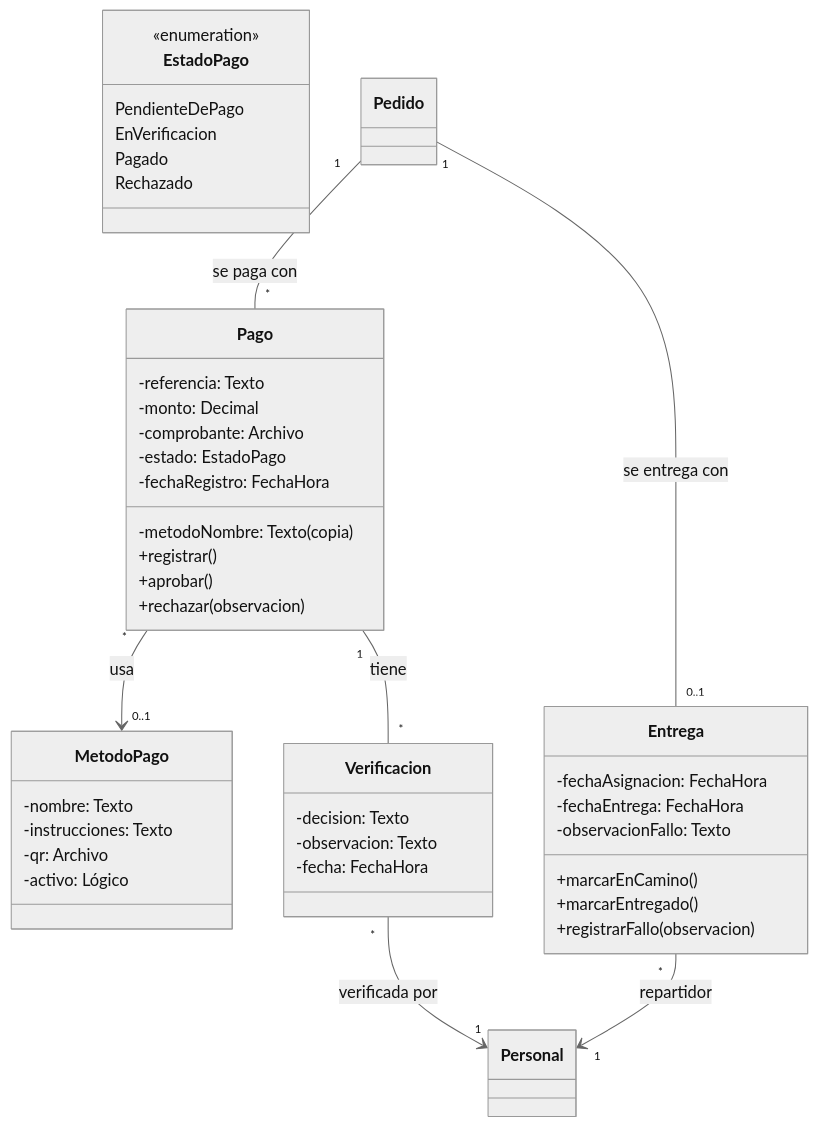
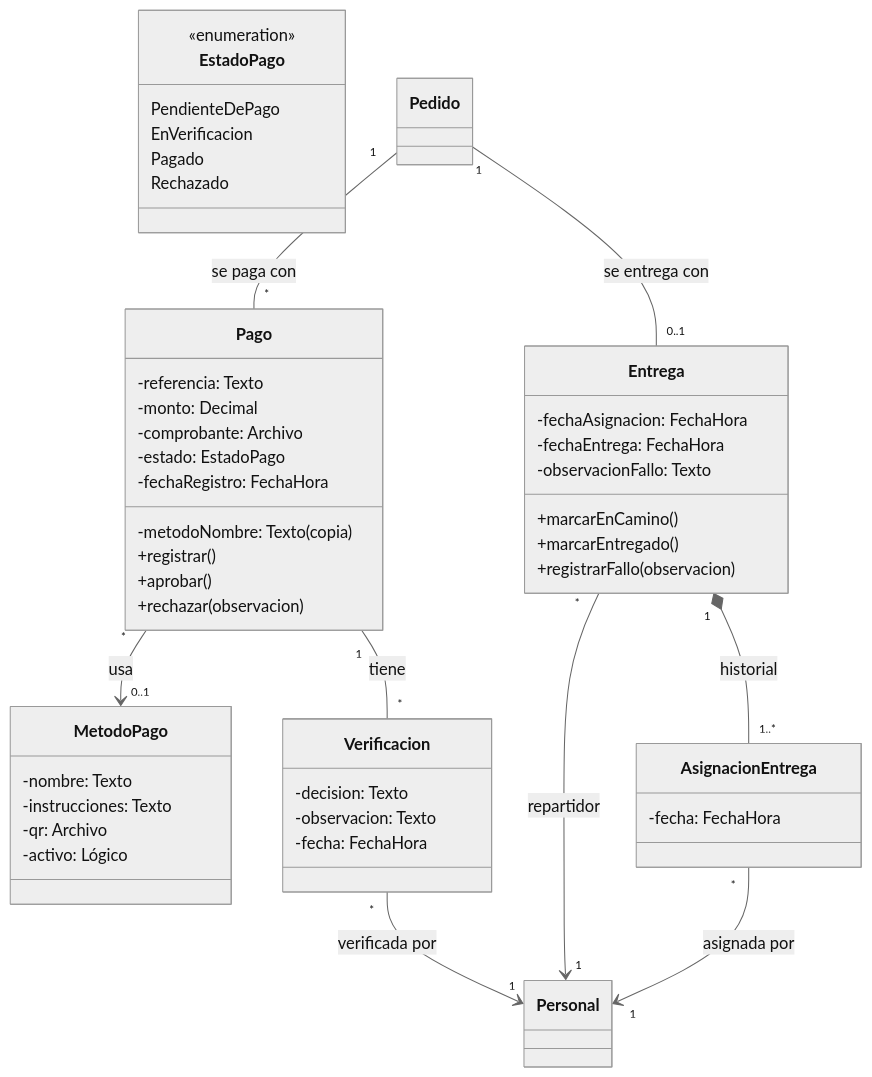
The seventh of 10 diagrams in docs/04-modelos-uml.md (Anton10-AR/DulcesAromas), drawn with Mermaid (neutral theme) before and after one commit. The commit also changed other lines of this file and 3 other files, not shown here.

````diff
--- a/docs/04-modelos-uml.md
+++ b/docs/04-modelos-uml.md
@@ -302,48 +316,53 @@
 ```mermaid
 classDiagram
   class Pago {
     -metodoNombre: Texto (copia)
     -referencia: Texto
     -monto: Decimal
     -comprobante: Archivo
     -estado: EstadoPago
     -fechaRegistro: FechaHora
     +registrar()
     +aprobar()
     +rechazar(observacion)
   }
   class Verificacion {
     -decision: Texto
     -observacion: Texto
     -fecha: FechaHora
   }
   class Entrega {
     -fechaAsignacion: FechaHora
     -fechaEntrega: FechaHora
     -observacionFallo: Texto
     +marcarEnCamino()
     +marcarEntregado()
     +registrarFallo(observacion)
   }
+  class AsignacionEntrega {
+    -fecha: FechaHora
+  }
   class MetodoPago {
     -nombre: Texto
     -instrucciones: Texto
     -qr: Archivo
     -activo: Lógico
   }
   class EstadoPago {
     <<enumeration>>
     PendienteDePago
     EnVerificacion
     Pagado
     Rechazado
   }
   class Pedido
   class Personal
   Pedido "1" -- "*" Pago : se paga con
   Pago "*" --> "0..1" MetodoPago : usa
   Pago "1" -- "*" Verificacion : tiene
   Verificacion "*" --> "1" Personal : verificada por
   Pedido "1" -- "0..1" Entrega : se entrega con
   Entrega "*" --> "1" Personal : repartidor
+  Entrega "1" *-- "1..*" AsignacionEntrega : historial
+  AsignacionEntrega "*" --> "1" Personal : asignada por
 ```
````
